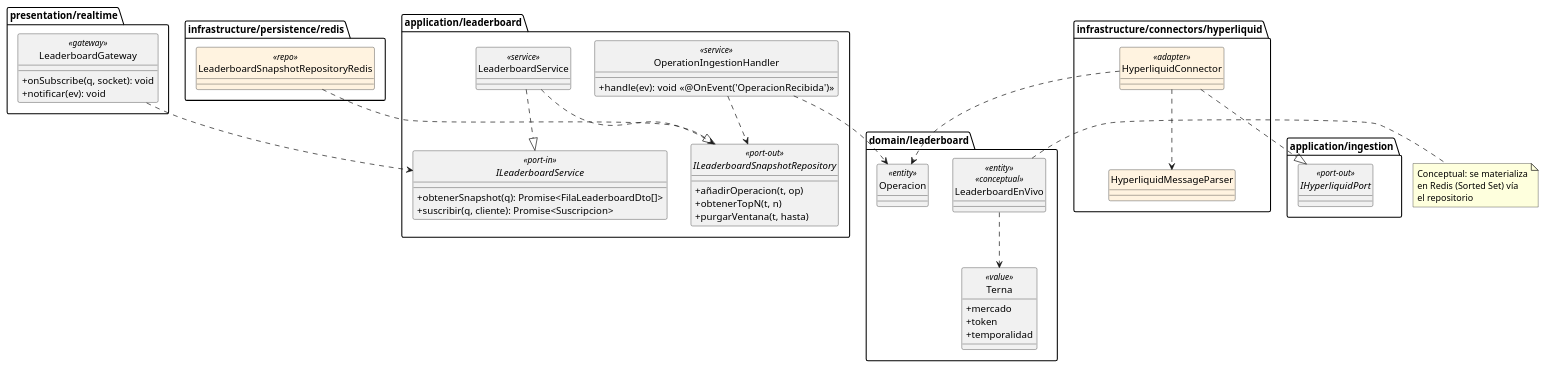
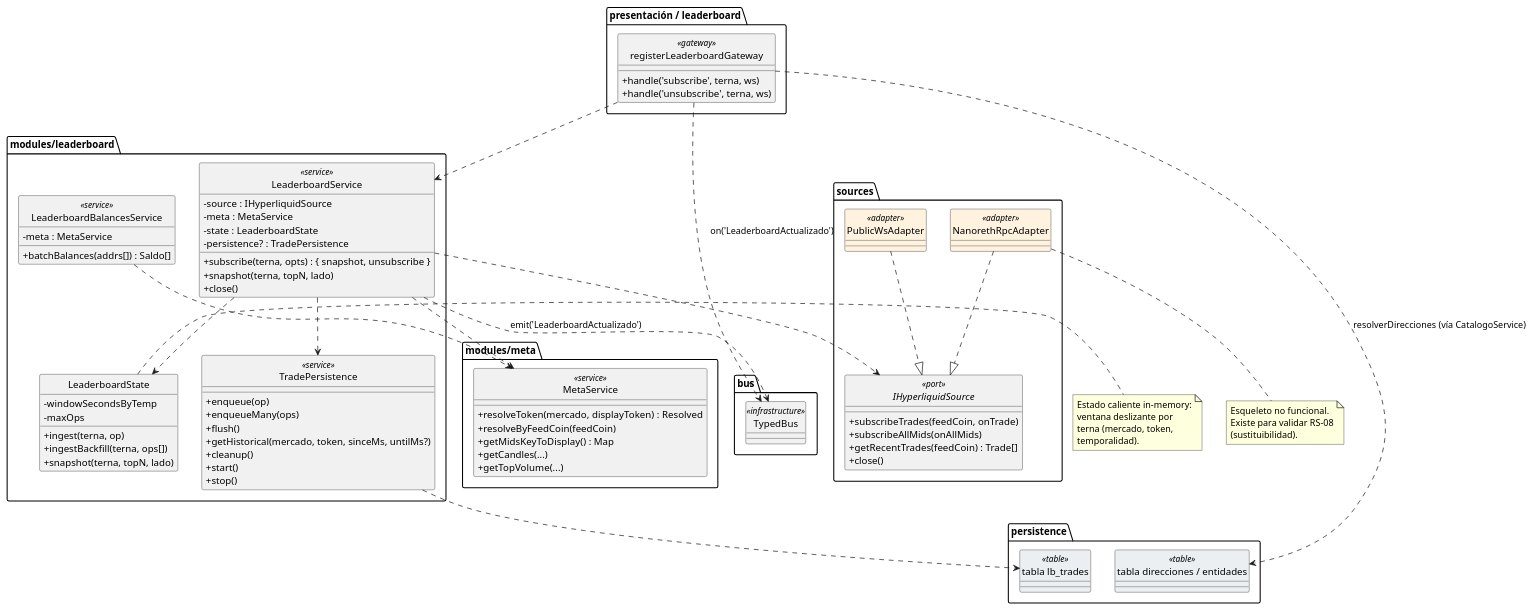
One commit to nekiiiiis/tfg changed the diagram in modelosUML/capitulo3/diseno-clases-leaderboard.puml. Above: the diagram before and after it, drawn with PlantUML. The commit also changed 40 other files, not shown here.

```diff
--- a/modelosUML/capitulo3/diseno-clases-leaderboard.puml
+++ b/modelosUML/capitulo3/diseno-clases-leaderboard.puml
@@ -1,69 +1,101 @@
 @startuml
 skinparam shadowing false
 skinparam classAttributeIconSize 0
 hide circle
 
-package "presentation/realtime" {
-    class LeaderboardGateway <<gateway>> {
-        + onSubscribe(q, socket): void
-        + notificar(ev): void
+package "presentación / leaderboard" {
+    class registerLeaderboardGateway <<gateway>> {
+        + handle('subscribe', terna, ws)
+        + handle('unsubscribe', terna, ws)
     }
 }
 
-package "application/leaderboard" {
-    interface ILeaderboardService <<port-in>> {
-        + obtenerSnapshot(q): Promise<FilaLeaderboardDto[]>
-        + suscribir(q, cliente): Promise<Suscripcion>
+package "modules/leaderboard" {
+    class LeaderboardService <<service>> {
+        - source : IHyperliquidSource
+        - meta : MetaService
+        - state : LeaderboardState
+        - persistence? : TradePersistence
+        + subscribe(terna, opts) : { snapshot, unsubscribe }
+        + snapshot(terna, topN, lado)
+        + close()
     }
-    interface ILeaderboardSnapshotRepository <<port-out>> {
-        + añadirOperacion(t, op)
-        + obtenerTopN(t, n)
-        + purgarVentana(t, hasta)
+    class LeaderboardState {
+        - windowSecondsByTemp
+        - maxOps
+        + ingest(terna, op)
+        + ingestBackfill(terna, ops[])
+        + snapshot(terna, topN, lado)
     }
-    class LeaderboardService <<service>>
-    class OperationIngestionHandler <<service>> {
-        + handle(ev): void  <<@OnEvent('OperacionRecibida')>>
+    class TradePersistence <<service>> {
+        + enqueue(op)
+        + enqueueMany(ops)
+        + flush()
+        + getHistorical(mercado, token, sinceMs, untilMs?)
+        + cleanup()
+        + start()
+        + stop()
+    }
+    class LeaderboardBalancesService <<service>> {
+        - meta : MetaService
+        + batchBalances(addrs[]) : Saldo[]
     }
 }
 
-package "application/ingestion" {
-    interface IHyperliquidPort <<port-out>>
-}
-
-package "domain/leaderboard" {
-    class Operacion <<entity>>
-    class LeaderboardEnVivo <<entity>> <<conceptual>>
-    class Terna <<value>> {
-        + mercado
-        + token
-        + temporalidad
+package "modules/meta" {
+    class MetaService <<service>> {
+        + resolveToken(mercado, displayToken) : Resolved
+        + resolveByFeedCoin(feedCoin)
+        + getMidsKeyToDisplay() : Map
+        + getCandles(...)
+        + getTopVolume(...)
     }
 }
 
-package "infrastructure/persistence/redis" {
-    class LeaderboardSnapshotRepositoryRedis <<repo>> #FFF3E0
+package "sources" {
+    interface IHyperliquidSource <<port>> {
+        + subscribeTrades(feedCoin, onTrade)
+        + subscribeAllMids(onAllMids)
+        + getRecentTrades(feedCoin) : Trade[]
+        + close()
+    }
+    class PublicWsAdapter <<adapter>> #FFF3E0
+    class NanorethRpcAdapter <<adapter>> #FFF3E0
 }
 
-package "infrastructure/connectors/hyperliquid" {
-    class HyperliquidConnector <<adapter>> #FFF3E0
-    class HyperliquidMessageParser #FFF3E0
+package "persistence" {
+    class "tabla lb_trades" as LBT <<table>> #ECEFF1
+    class "tabla direcciones / entidades" as CAT <<table>> #ECEFF1
 }
 
-LeaderboardGateway ..> ILeaderboardService
-LeaderboardService ..|> ILeaderboardService
-LeaderboardService ..> ILeaderboardSnapshotRepository
-OperationIngestionHandler ..> ILeaderboardSnapshotRepository
-OperationIngestionHandler ..> Operacion
-LeaderboardSnapshotRepositoryRedis ..|> ILeaderboardSnapshotRepository
-HyperliquidConnector ..|> IHyperliquidPort
-HyperliquidConnector ..> HyperliquidMessageParser
-HyperliquidConnector ..> Operacion
-LeaderboardEnVivo ..> Terna
+package "bus" {
+    class TypedBus <<infrastructure>>
+}
 
-note right of LeaderboardEnVivo
-  Conceptual: se materializa
-  en Redis (Sorted Set) vía
-  el repositorio
+registerLeaderboardGateway ..> LeaderboardService
+registerLeaderboardGateway ..> TypedBus : on('LeaderboardActualizado')
+LeaderboardService ..> IHyperliquidSource
+LeaderboardService ..> MetaService
+LeaderboardService ..> LeaderboardState
+LeaderboardService ..> TradePersistence
+LeaderboardService ..> TypedBus : emit('LeaderboardActualizado')
+TradePersistence ..> LBT
+LeaderboardBalancesService ..> MetaService
+PublicWsAdapter ..|> IHyperliquidSource
+NanorethRpcAdapter ..|> IHyperliquidSource
+registerLeaderboardGateway ..> CAT : resolverDirecciones (vía CatalogoService)
+
+note right of LeaderboardState
+  Estado caliente in-memory:
+  ventana deslizante por
+  terna (mercado, token,
+  temporalidad).
+end note
+
+note bottom of NanorethRpcAdapter
+  Esqueleto no funcional.
+  Existe para validar RS-08
+  (sustituibilidad).
 end note
 
 @enduml
```
